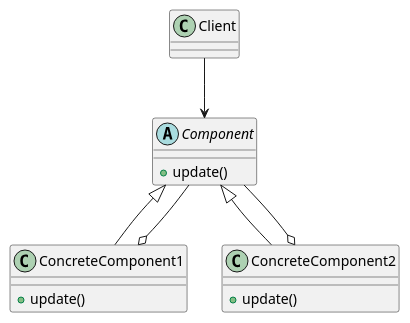
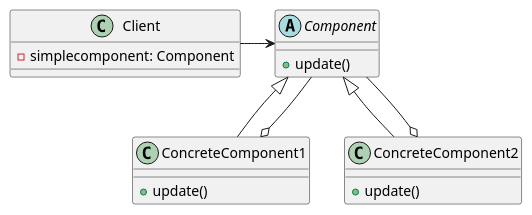
One commit to 2DGD-F0TH/2DGD_F0TH changed the diagram in raw_resources/images/design_patterns/class_component.puml. Above: the diagram before and after it, drawn with PlantUML. The commit also changed 23 other files, not shown here.

Commit message:
Updated design patterns UML diagrams

```diff
--- a/raw_resources/images/design_patterns/class_component.puml
+++ b/raw_resources/images/design_patterns/class_component.puml
@@ -1,23 +1,25 @@
 @startuml
 
-class Client
+class Client{
+    - simplecomponent: Component
+}
 
 abstract class Component{
     + update()
 }
 
 class ConcreteComponent1{
     + update()
 }
 
 class ConcreteComponent2{
     + update()
 }
 
-Client --> Component
+Client -right-> Component
 Component <|-- ConcreteComponent1
 Component <|-- ConcreteComponent2
 ConcreteComponent2 o-- Component
 ConcreteComponent1 o-- Component
 
 @enduml
```
